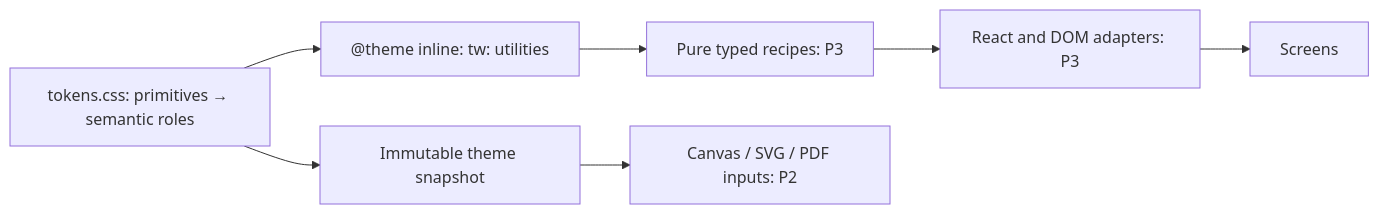
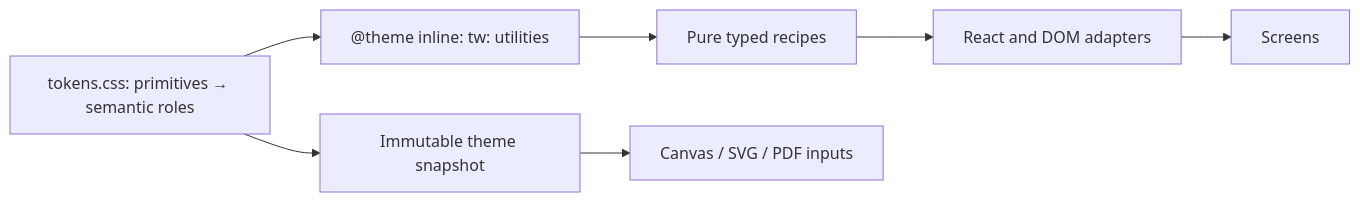
The diagram in docs/agents/design-system.md (AcapellaLightScore/LightScore), drawn with Mermaid before and after one commit. The commit also changed other lines of this file and 101 other files, not shown here.

````diff
--- a/docs/agents/design-system.md
+++ b/docs/agents/design-system.md
@@ -8,9 +8,9 @@
 ```mermaid
 flowchart LR
   T[tokens.css: primitives → semantic roles] --> U["@theme inline: tw: utilities"]
-  U --> R[Pure typed recipes: P3]
-  R --> C[React and DOM adapters: P3]
+  U --> R[Pure typed recipes]
+  R --> C[React and DOM adapters]
   C --> S[Screens]
   T --> A[Immutable theme snapshot]
-  A --> D[Canvas / SVG / PDF inputs: P2]
+  A --> D[Canvas / SVG / PDF inputs]
 ```
````
